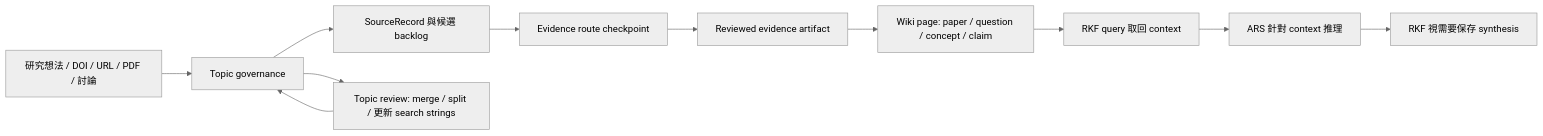
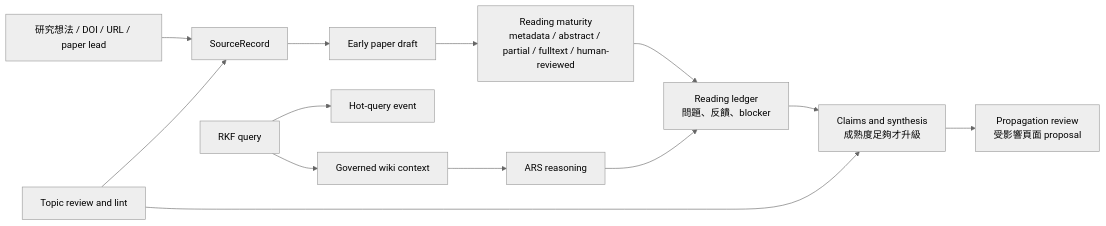
Before and after one commit to ChenHau-Lan/ResearchWiki: the diagram in README.zh-TW.md, drawn with Mermaid (neutral theme). The commit also changed other lines of this file and 69 other files, not shown here.

Commit message:
Add RKF reading maturity workflow

````diff
--- a/README.zh-TW.md
+++ b/README.zh-TW.md
@@ -85,13 +55,15 @@
 ```mermaid
 flowchart LR
-    A["研究想法 / DOI / URL / PDF / 討論"] --> B["Topic governance"]
-    B --> C["SourceRecord 與候選 backlog"]
-    C --> D["Evidence route checkpoint"]
-    D --> E["Reviewed evidence artifact"]
-    E --> F["Wiki page: paper / question / concept / claim"]
-    F --> G["RKF query 取回 context"]
-    G --> H["ARS 針對 context 推理"]
-    H --> I["RKF 視需要保存 synthesis"]
-    B --> J["Topic review: merge / split / 更新 search strings"]
-    J --> B
+    A["研究想法 / DOI / URL / paper lead"] --> B["SourceRecord"]
+    B --> C["Early paper draft"]
+    C --> D["Reading maturity<br/>metadata / abstract / partial / fulltext / human-reviewed"]
+    D --> E["Reading ledger<br/>問題、反饋、blocker"]
+    E --> F["Claims and synthesis<br/>成熟度足夠才升級"]
+    F --> G["Propagation review<br/>受影響頁面 proposal"]
+    H["RKF query"] --> I["Hot-query event"]
+    H --> J["Governed wiki context"]
+    J --> K["ARS reasoning"]
+    K --> E
+    L["Topic review and lint"] --> B
+    L --> F
 ```
````
